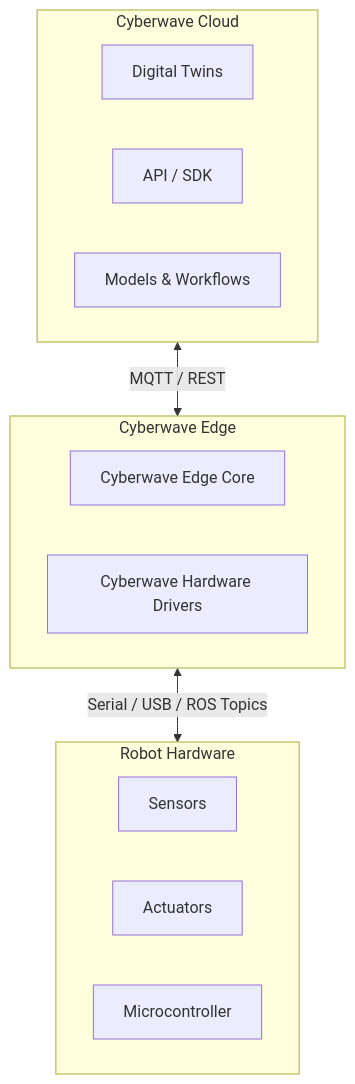
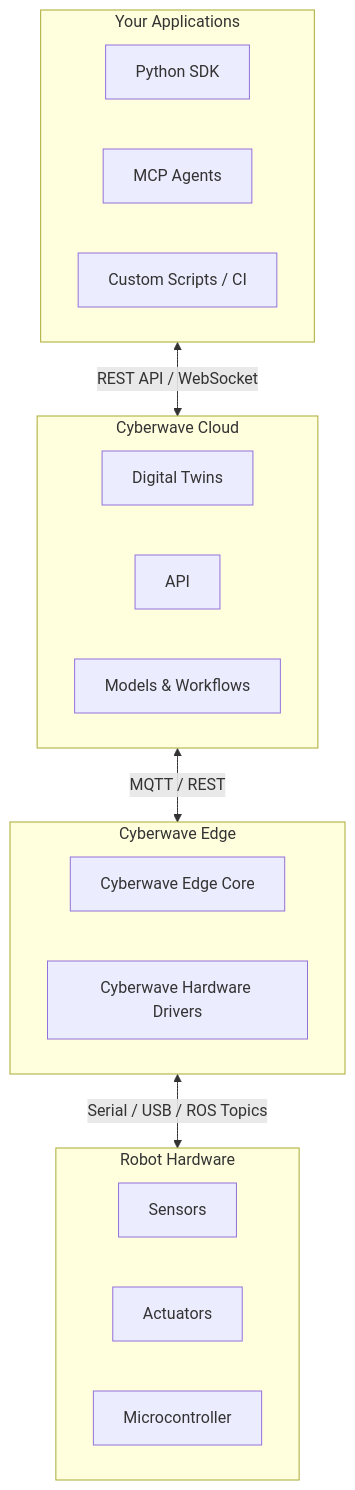
Before and after one commit to cyberwave-os/docs-mintlify: the diagram in get-started/architecture.mdx, drawn with Mermaid. The commit also changed other lines of this file, not shown here.

Commit message:
application stack in architecture documentation

````diff
--- a/get-started/architecture.mdx
+++ b/get-started/architecture.mdx
@@ -21,22 +22,29 @@
 ```mermaid
 graph TD
+  subgraph app["Your Applications"]
+    sdk["Python SDK"]
+    mcp["MCP Agents"]
+    custom["Custom Scripts / CI"]
+  end
+
   subgraph cloud["Cyberwave Cloud"]
     dt["Digital Twins"]
-    api["API / SDK"]
+    api["API"]
     models["Models & Workflows"]
   end
 
   subgraph edge["Cyberwave Edge"]
     core["Cyberwave Edge Core"]
     drivers["Cyberwave Hardware Drivers"]
   end
 
   subgraph hw["Robot Hardware"]
     sensors["Sensors"]
     actuators["Actuators"]
     mcu["Microcontroller"]
   end
 
+  app <-- "REST API / WebSocket" --> cloud
   cloud <-- "MQTT / REST" --> edge
   edge <-- "Serial / USB / ROS Topics" --> hw
 ```
````
